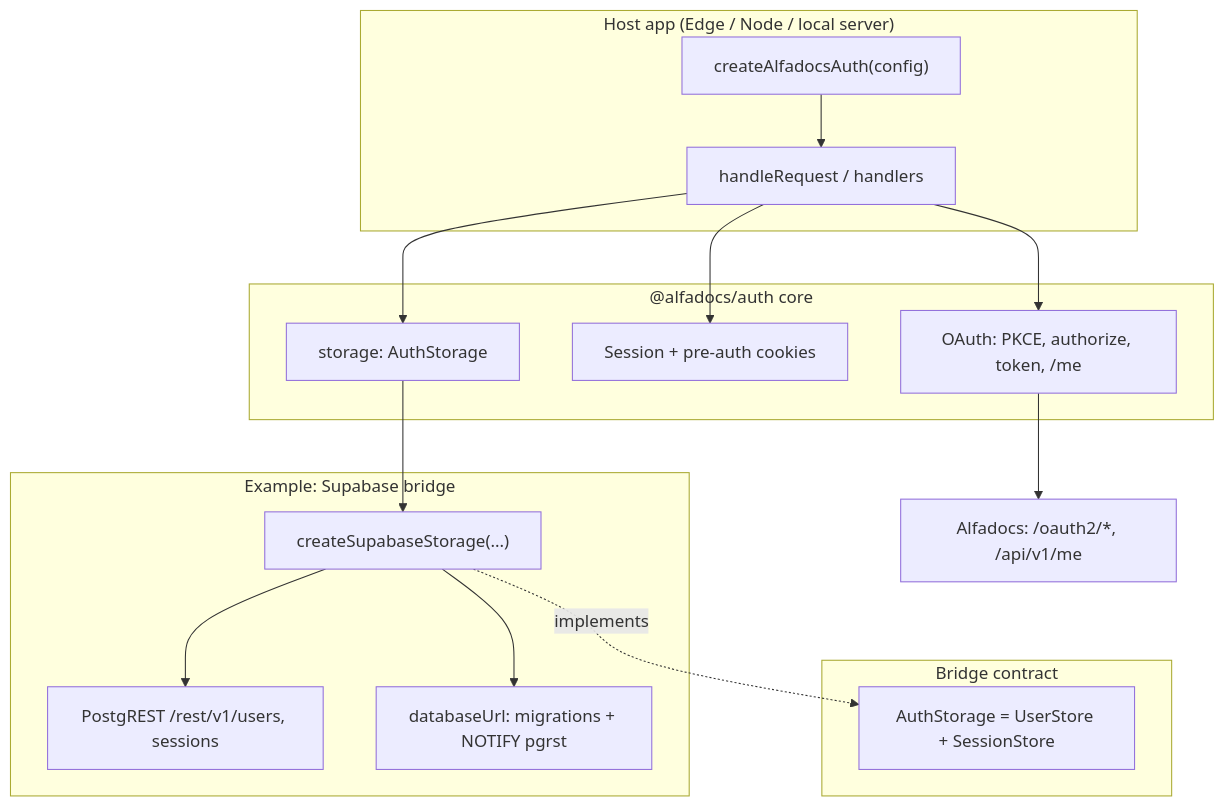
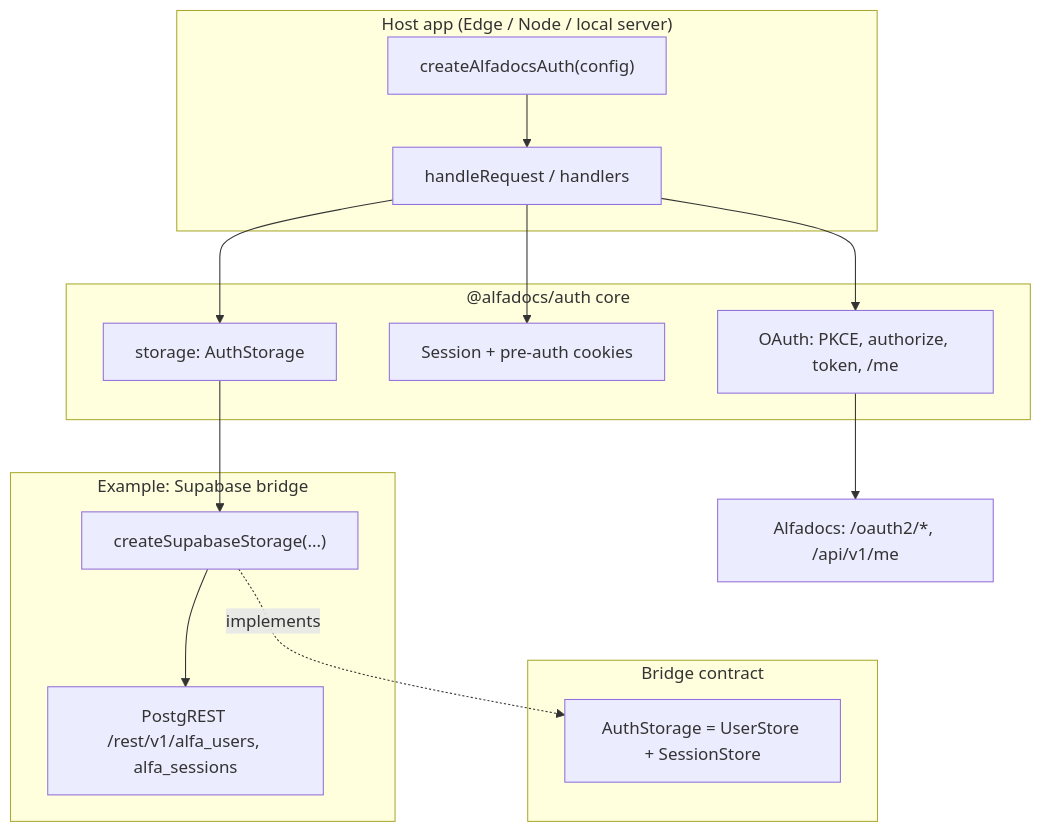
One commit to alfadocs/oauth2-client changed the diagram in README.md. Above: the diagram before and after it, drawn with Mermaid. The commit also changed other lines of this file and 13 other files, not shown here.

````diff
--- a/README.md
+++ b/README.md
@@ -7,28 +7,27 @@
 ```mermaid
 flowchart TB
   subgraph app["Host app (Edge / Node / local server)"]
     A["createAlfadocsAuth(config)"]
     A --> R["handleRequest / handlers"]
   end
 
   subgraph core["@alfadocs/auth core"]
     R --> OAuth["OAuth: PKCE, authorize, token, /me"]
     R --> Cookies["Session + pre-auth cookies"]
     R --> S["storage: AuthStorage"]
   end
 
   subgraph contract["Bridge contract"]
     I["AuthStorage = UserStore + SessionStore"]
   end
 
   subgraph bridge["Example: Supabase bridge"]
     SB["createSupabaseStorage(...)"]
-    SB --> REST["PostgREST /rest/v1/users, sessions"]
-    SB --> PG["databaseUrl: migrations + NOTIFY pgrst"]
+    SB --> REST["PostgREST /rest/v1/alfa_users, alfa_sessions"]
     SB -.->|implements| I
   end
 
   S --> SB
 
   OAuth --> AD["Alfadocs: /oauth2/*, /api/v1/me"]
 ```
````
